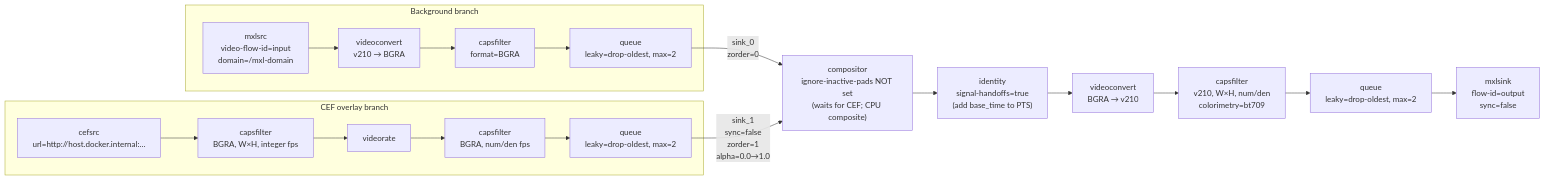
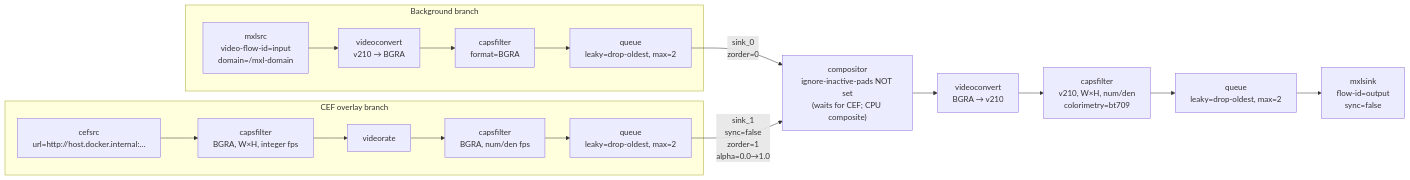
Before and after one commit to cbcrc/mxl-hands-on: the eighth of 9 diagrams in gst-apps/gstreamer-pipeline.md, drawn with Mermaid. The commit also changed other lines of this file and 19 other files, not shown here.

First line of the commit message:
Write flow metadata through mxlsink, and fix the MXL v1.1 fallout

````diff
--- a/gst-apps/gstreamer-pipeline.md
+++ b/gst-apps/gstreamer-pipeline.md
@@ -862,31 +854,30 @@
 ```mermaid
 flowchart LR
     subgraph bg_branch["Background branch"]
         bg["mxlsrc\nvideo-flow-id=input\ndomain=/mxl-domain"]
         bg_conv["videoconvert\nv210 → BGRA"]
         bg_caps["capsfilter\nformat=BGRA"]
         bg_q["queue\nleaky=drop-oldest, max=2"]
         bg --> bg_conv --> bg_caps --> bg_q
     end
 
     subgraph cef_branch["CEF overlay branch"]
         cef["cefsrc\nurl=http://host.docker.internal:…"]
         cef_caps1["capsfilter\nBGRA, W×H, integer fps"]
         cef_rate["videorate"]
         cef_caps2["capsfilter\nBGRA, num/den fps"]
         cef_q["queue\nleaky=drop-oldest, max=2"]
         cef --> cef_caps1 --> cef_rate --> cef_caps2 --> cef_q
     end
 
     mixer["compositor\nignore-inactive-pads NOT set\n(waits for CEF; CPU composite)"]
-    pts_fix["identity\nsignal-handoffs=true\n(add base_time to PTS)"]
     out_conv["videoconvert\nBGRA → v210"]
     out_caps["capsfilter\nv210, W×H, num/den\ncolorimetry=bt709"]
     out_q["queue\nleaky=drop-oldest, max=2"]
     out_sink["mxlsink\nflow-id=output\nsync=false"]
 
     bg_q   -->|"sink_0\nzorder=0"| mixer
     cef_q  -->|"sink_1\nsync=false\nzorder=1\nalpha=0.0→1.0"| mixer
 
-    mixer --> pts_fix --> out_conv --> out_caps --> out_q --> out_sink
+    mixer --> out_conv --> out_caps --> out_q --> out_sink
 ```
````
